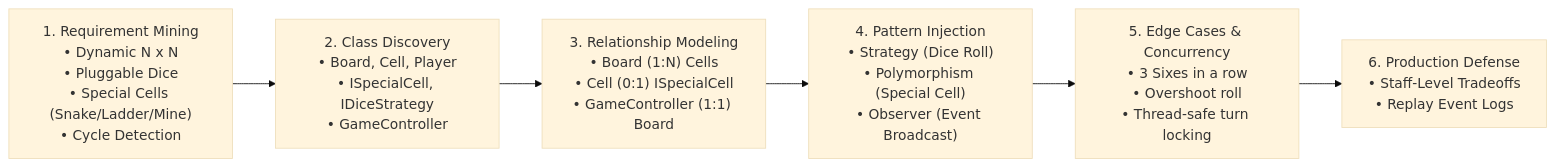
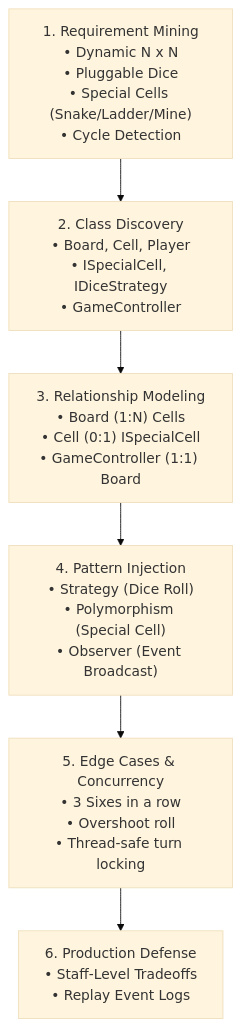
One commit to dip4k/DSA_102 changed the first of 2 diagrams in LLD/02_Tier2_Classic_LLD/23_Snake_and_Ladder.md. Above: the diagram before and after it, drawn with Mermaid (base theme). The commit also changed 191 other files, not shown here.

````diff
--- a/LLD/02_Tier2_Classic_LLD/23_Snake_and_Ladder.md
+++ b/LLD/02_Tier2_Classic_LLD/23_Snake_and_Ladder.md
@@ -55,8 +55,8 @@
 ```mermaid
-flowchart LR
-    A["1. Requirement Mining\n• Dynamic N x N\n• Pluggable Dice\n• Special Cells (Snake/Ladder/Mine)\n• Cycle Detection"] --> B["2. Class Discovery\n• Board, Cell, Player\n• ISpecialCell, IDiceStrategy\n• GameController"]
-    B --> C["3. Relationship Modeling\n• Board (1:N) Cells\n• Cell (0:1) ISpecialCell\n• GameController (1:1) Board"]
-    C --> D["4. Pattern Injection\n• Strategy (Dice Roll)\n• Polymorphism (Special Cell)\n• Observer (Event Broadcast)"]
-    D --> E["5. Edge Cases & Concurrency\n• 3 Sixes in a row\n• Overshoot roll\n• Thread-safe turn locking"]
-    E --> F["6. Production Defense\n• Staff-Level Tradeoffs\n• Replay Event Logs"]
+flowchart TD
+    A["1. Requirement Mining<br/>• Dynamic N x N<br/>• Pluggable Dice<br/>• Special Cells (Snake/Ladder/Mine)<br/>• Cycle Detection"] --> B["2. Class Discovery<br/>• Board, Cell, Player<br/>• ISpecialCell, IDiceStrategy<br/>• GameController"]
+    B --> C["3. Relationship Modeling<br/>• Board (1:N) Cells<br/>• Cell (0:1) ISpecialCell<br/>• GameController (1:1) Board"]
+    C --> D["4. Pattern Injection<br/>• Strategy (Dice Roll)<br/>• Polymorphism (Special Cell)<br/>• Observer (Event Broadcast)"]
+    D --> E["5. Edge Cases & Concurrency<br/>• 3 Sixes in a row<br/>• Overshoot roll<br/>• Thread-safe turn locking"]
+    E --> F["6. Production Defense<br/>• Staff-Level Tradeoffs<br/>• Replay Event Logs"]
 ```
````
